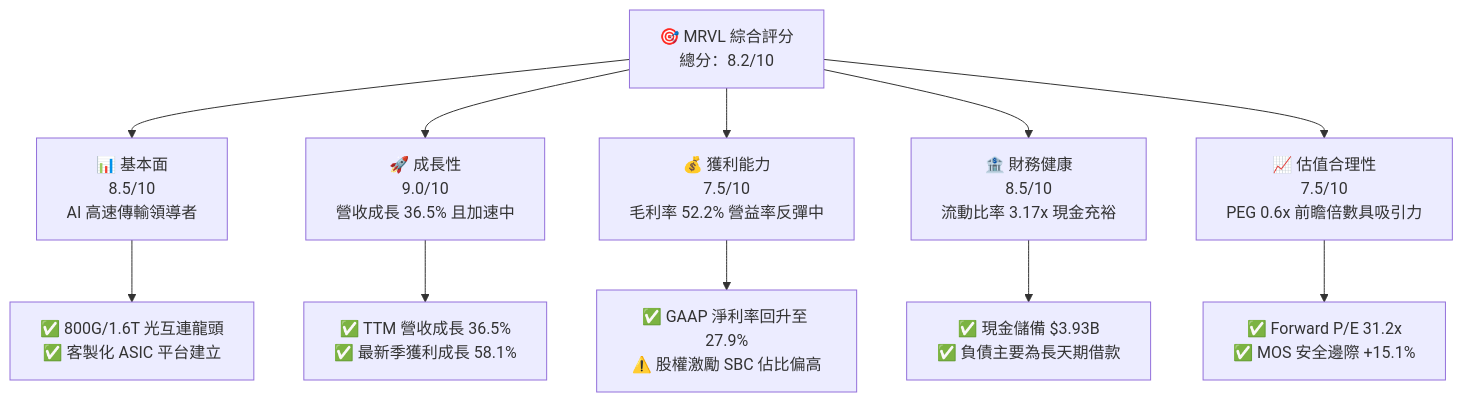
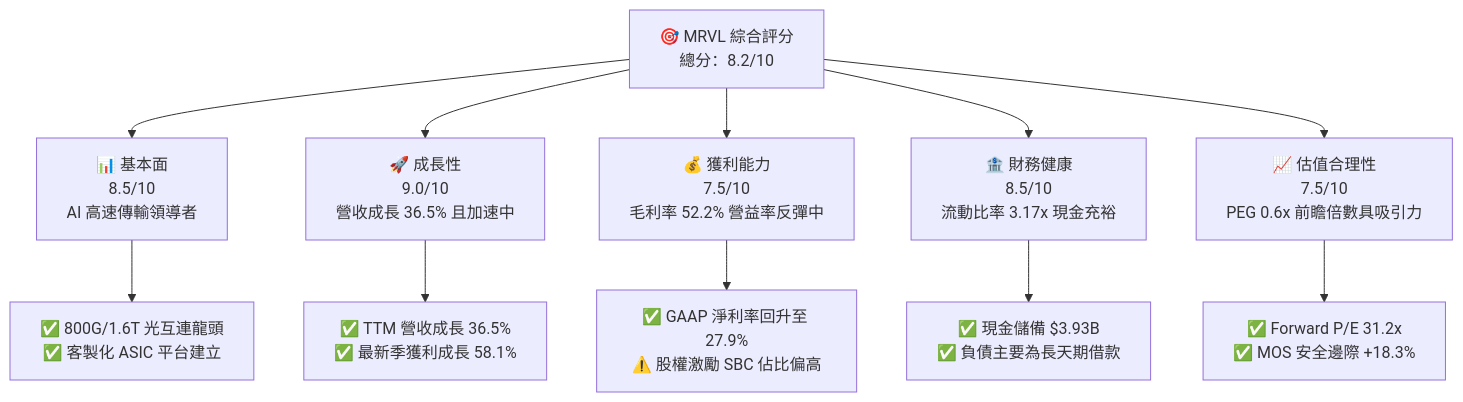
The first of 15 diagrams in ai_gen_report/fundamental/mrvl/fundamental_analysis_2026-10-17_gemini.md (yennanliu/finance_data), drawn with Mermaid before and after one commit. The commit also changed other lines of this file and 339 other files, not shown here.

````diff
--- a/ai_gen_report/fundamental/mrvl/fundamental_analysis_2026-10-17_gemini.md
+++ b/ai_gen_report/fundamental/mrvl/fundamental_analysis_2026-10-17_gemini.md
@@ -58,22 +65,22 @@
 ```mermaid
 graph TD
     MRVL["🎯 MRVL 綜合評分<br/>總分：8.2/10"]
 
     F["📊 基本面<br/>8.5/10<br/>AI 高速傳輸領導者"]
     G["🚀 成長性<br/>9.0/10<br/>營收成長 36.5% 且加速中"]
     P["💰 獲利能力<br/>7.5/10<br/>毛利率 52.2% 營益率反彈中"]
     B["🏦 財務健康<br/>8.5/10<br/>流動比率 3.17x 現金充裕"]
     V["📈 估值合理性<br/>7.5/10<br/>PEG 0.6x 前瞻倍數具吸引力"]
 
     MRVL --> F
     MRVL --> G
     MRVL --> P
     MRVL --> B
     MRVL --> V
 
     F --> F1["✅ 800G/1.6T 光互連龍頭<br/>✅ 客製化 ASIC 平台建立"]
     G --> G1["✅ TTM 營收成長 36.5%<br/>✅ 最新季獲利成長 58.1%"]
     P --> P1["✅ GAAP 淨利率回升至 27.9%<br/>⚠️ 股權激勵 SBC 佔比偏高"]
     B --> B1["✅ 現金儲備 $3.93B<br/>✅ 負債主要為長天期借款"]
-    V --> V1["✅ Forward P/E 31.2x<br/>✅ MOS 安全邊際 +15.1%"]
+    V --> V1["✅ Forward P/E 31.2x<br/>✅ MOS 安全邊際 +18.3%"]
 ```
````
